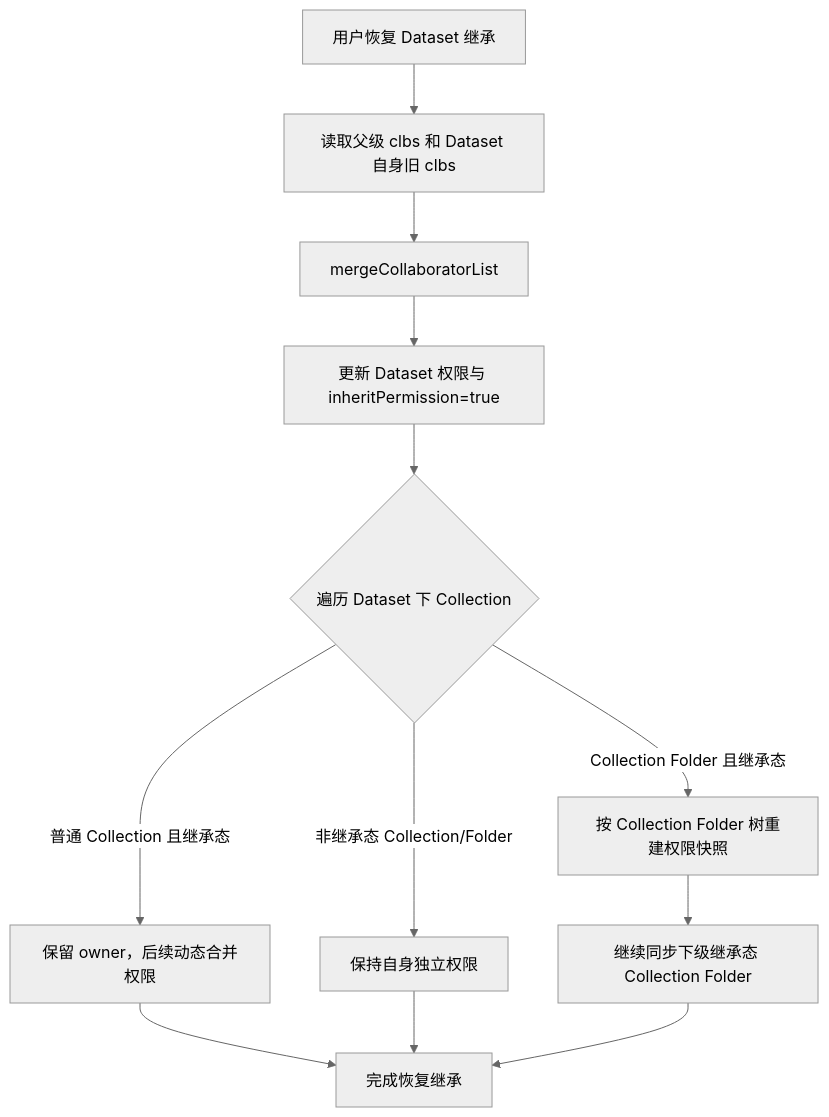
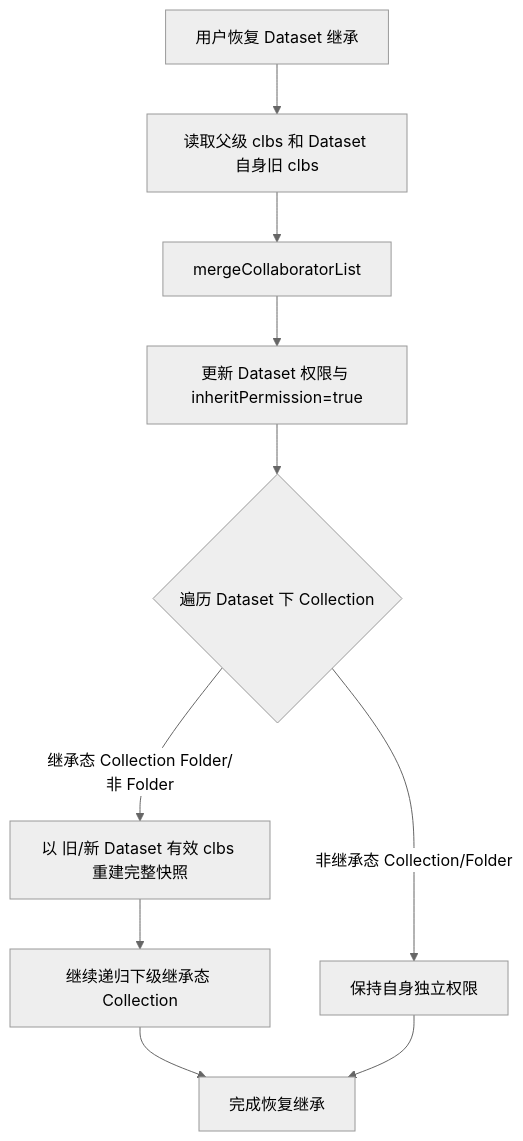
Before and after one commit to SteelHe/FastGPT: the third of 5 diagrams in doc/design/collection-permission-design.md, drawn with Mermaid (neutral theme). The commit also changed other lines of this file and 54 other files, not shown here.

````diff
--- a/doc/design/collection-permission-design.md
+++ b/doc/design/collection-permission-design.md
@@ -372,14 +348,12 @@
 ```mermaid
 flowchart TD
     A[用户恢复 Dataset 继承] --> B[读取父级 clbs 和 Dataset 自身旧 clbs]
     B --> C[mergeCollaboratorList]
     C --> D[更新 Dataset 权限与 inheritPermission=true]
     D --> E{遍历 Dataset 下 Collection}
-    E -->|Collection Folder 且继承态| F[按 Collection Folder 树重建权限快照]
-    E -->|普通 Collection 且继承态| G[保留 owner，后续动态合并权限]
+    E -->|继承态 Collection Folder/非 Folder| F[以 旧/新 Dataset 有效 clbs 重建完整快照]
     E -->|非继承态 Collection/Folder| H[保持自身独立权限]
-    F --> I[继续同步下级继承态 Collection Folder]
-    G --> J[完成恢复继承]
+    F --> I[继续递归下级继承态 Collection]
+    I --> J[完成恢复继承]
     H --> J
-    I --> J
 ```
````
